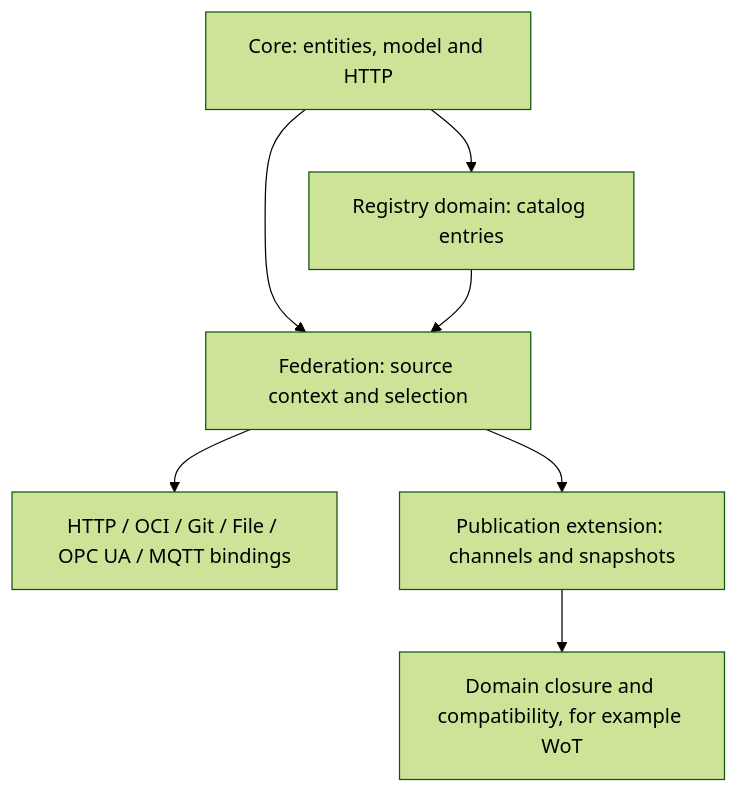
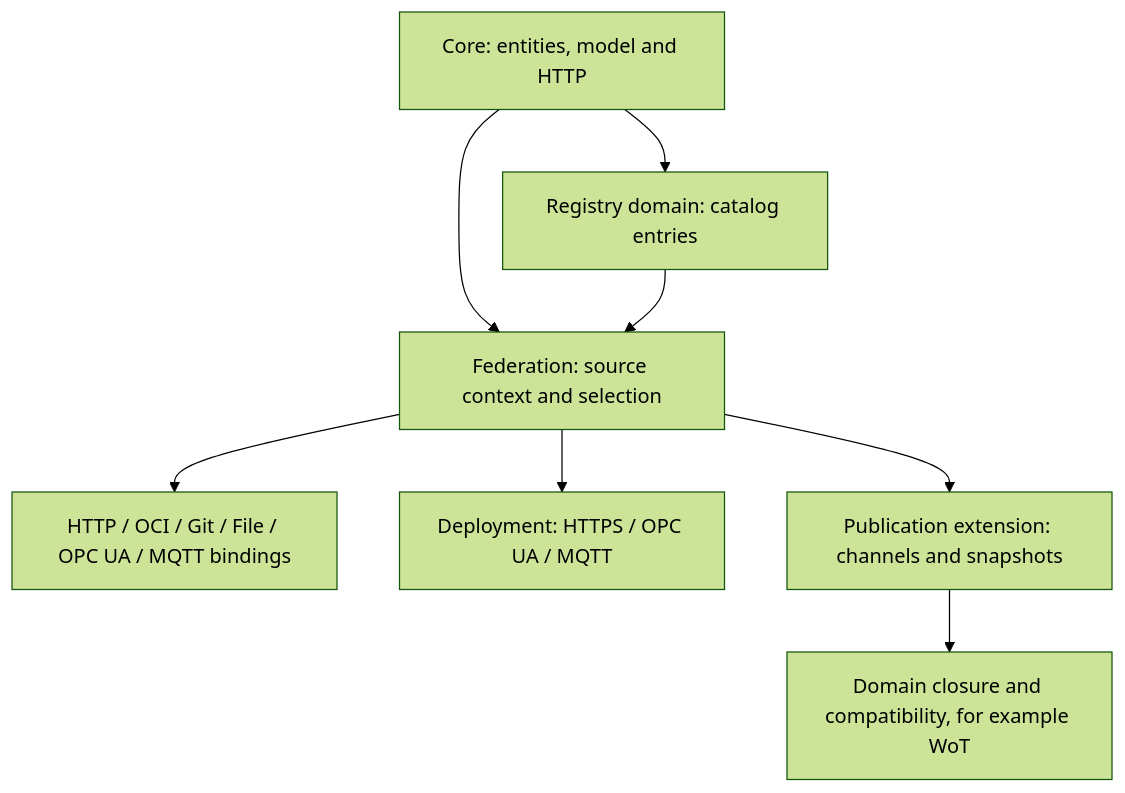
Before and after one commit to xregistry/spec: the diagram in workingdrafts/README.md, drawn with Mermaid (forest theme). The commit also changed other lines of this file and 7 other files, not shown here.

````diff
--- a/workingdrafts/README.md
+++ b/workingdrafts/README.md
@@ -27,9 +29,10 @@
 ```mermaid
 flowchart TD
     C["Core: entities, model and HTTP"] --> R["Registry domain: catalog entries"]
     C --> F["Federation: source context and selection"]
     R --> F
     F --> B["HTTP / OCI / Git / File / OPC UA / MQTT bindings"]
+    F --> W["Deployment: HTTPS / OPC UA / MQTT"]
     F --> P["Publication extension: channels and snapshots"]
     P --> D["Domain closure and compatibility, for example WoT"]
 ```
````
